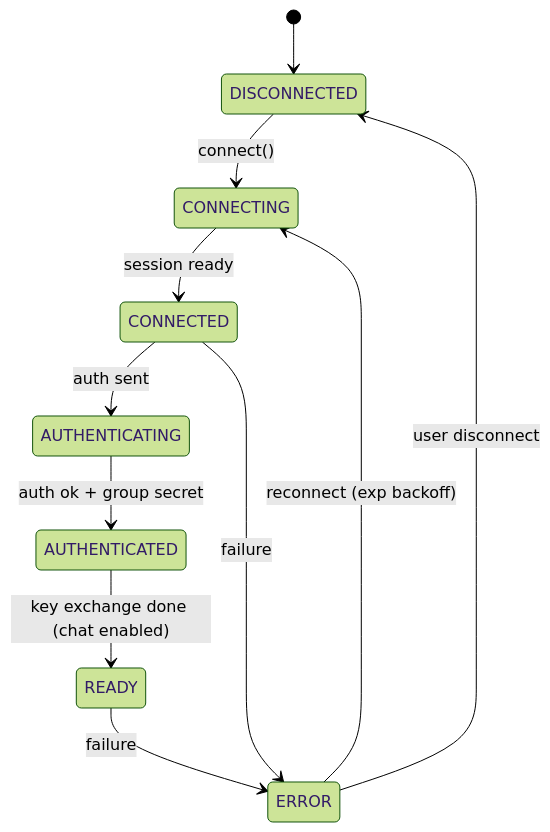
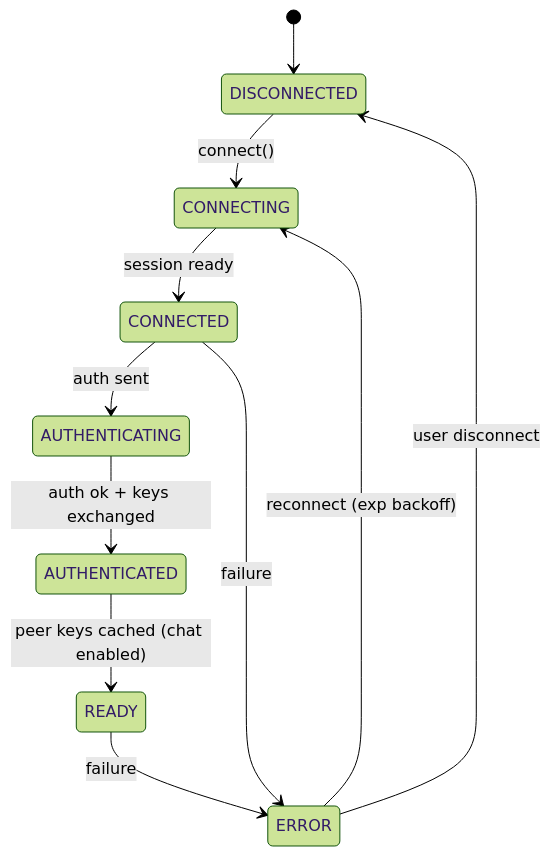
The second of 2 diagrams in README.md (Oqune/Impulse-client), drawn with Mermaid (forest theme) before and after one commit. The commit also changed other lines of this file, not shown here.

Commit message:
docs: update README with Per-Recipient KEM Wrapping architecture

````diff
--- a/README.md
+++ b/README.md
@@ -321,13 +367,13 @@
 ```mermaid
 stateDiagram-v2
     [*] --> DISCONNECTED
     DISCONNECTED --> CONNECTING: connect()
     CONNECTING --> CONNECTED: session ready
     CONNECTED --> AUTHENTICATING: auth sent
-    AUTHENTICATING --> AUTHENTICATED: auth ok + group secret
-    AUTHENTICATED --> READY: key exchange done (chat enabled)
+    AUTHENTICATING --> AUTHENTICATED: auth ok + keys exchanged
+    AUTHENTICATED --> READY: peer keys cached (chat enabled)
     READY --> ERROR: failure
     CONNECTED --> ERROR: failure
     ERROR --> CONNECTING: reconnect (exp backoff)
     ERROR --> DISCONNECTED: user disconnect
 ```
````
